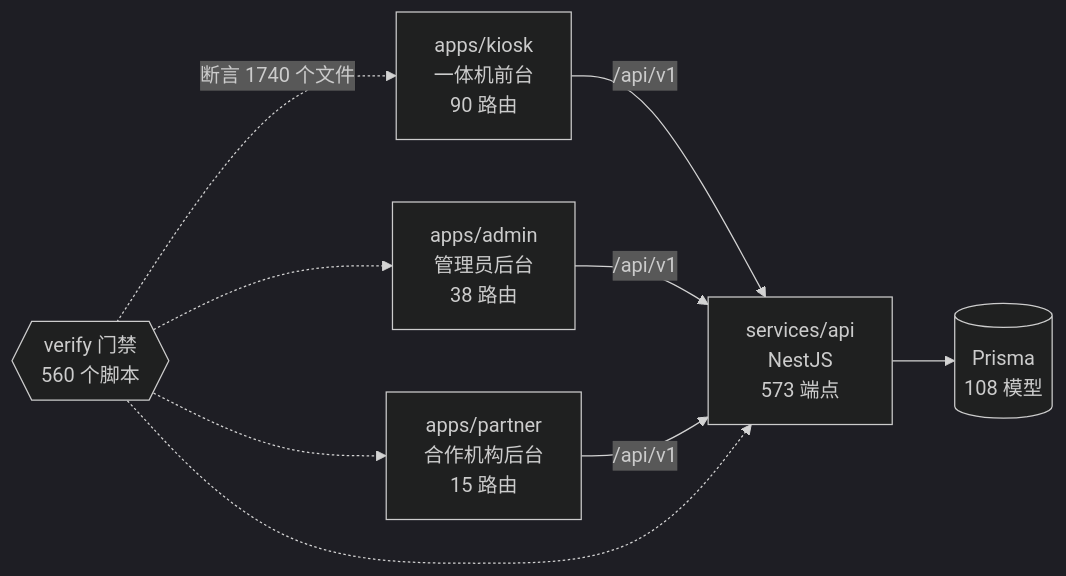
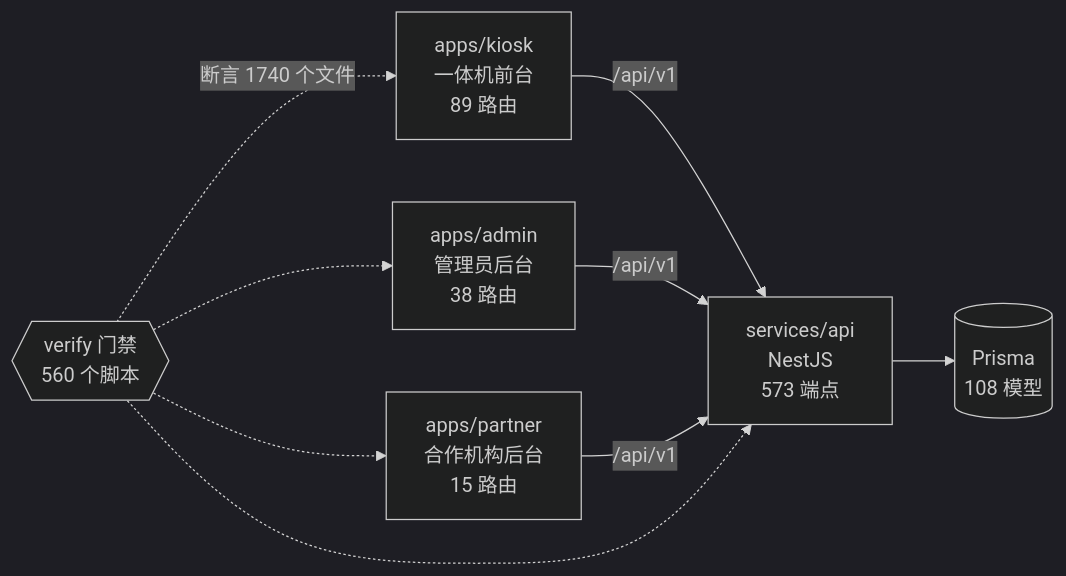
The diagram in docs/graph/README.md (wanglei581/YITIJI), drawn with Mermaid (dark theme) before and after one commit. The commit also changed other lines of this file and 4 other files, not shown here.

Commit message:
chore(graph): 停放 freshman-insights 后重生图谱

````diff
--- a/docs/graph/README.md
+++ b/docs/graph/README.md
@@ -68,18 +68,18 @@
 ```mermaid
 flowchart LR
-  kiosk["apps/kiosk<br/>一体机前台<br/>90 路由"]
+  kiosk["apps/kiosk<br/>一体机前台<br/>89 路由"]
   admin["apps/admin<br/>管理员后台<br/>38 路由"]
   partner["apps/partner<br/>合作机构后台<br/>15 路由"]
   api["services/api<br/>NestJS<br/>573 端点"]
   db[("Prisma<br/>108 模型")]
   gates{{"verify 门禁<br/>560 个脚本"}}
 
   kiosk -->|"/api/v1"| api
   admin -->|"/api/v1"| api
   partner -->|"/api/v1"| api
   api --> db
   gates -.->|"断言 1740 个文件"| kiosk
   gates -.-> admin
   gates -.-> partner
   gates -.-> api
 ```
````
